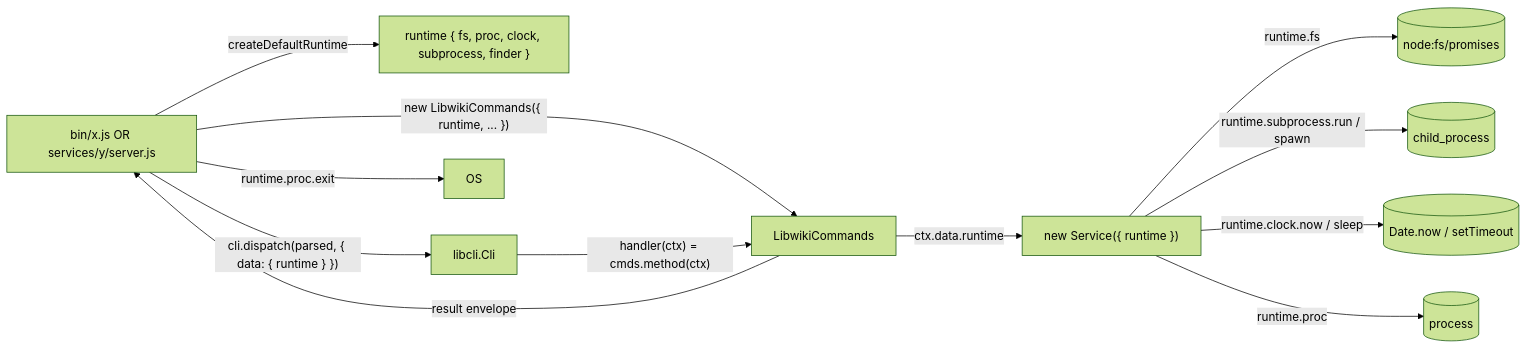
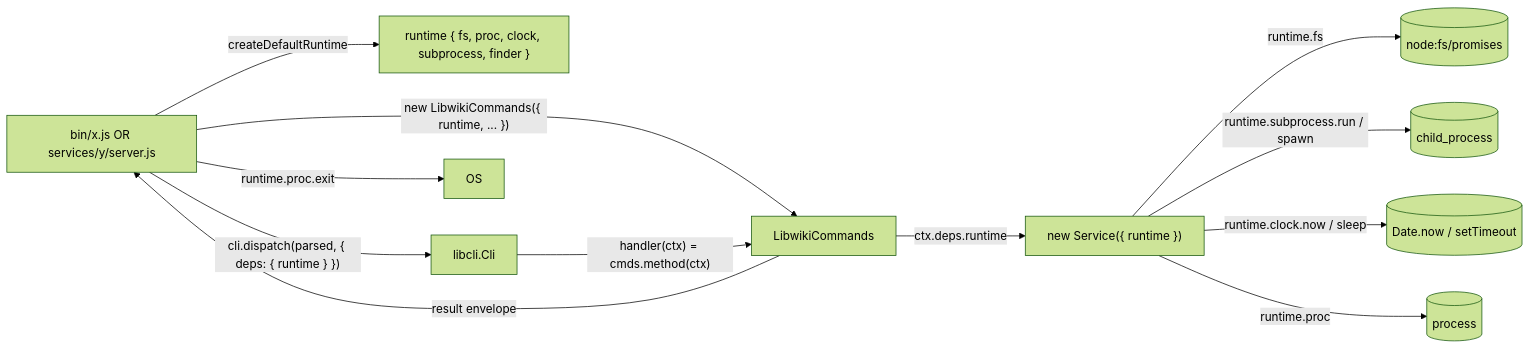
One commit to forwardimpact/monorepo changed the diagram in specs/1370-ambient-dependencies-to-injected-collaborators/design-a.md. Above: the diagram before and after it, drawn with Mermaid (forest theme). The commit also changed other lines of this file, not shown here.

First line of the commit message:
design(1370): adopt ctx.deps slot for injected collaborators

````diff
--- a/specs/1370-ambient-dependencies-to-injected-collaborators/design-a.md
+++ b/specs/1370-ambient-dependencies-to-injected-collaborators/design-a.md
@@ -34,14 +35,14 @@
 ```mermaid
 flowchart LR
   entry["bin/x.js OR services/y/server.js"] -->|createDefaultRuntime| rt["runtime { fs, proc, clock, subprocess, finder }"]
   entry -->|"new LibwikiCommands({ runtime, ... })"| cmds["LibwikiCommands"]
-  entry -->|"cli.dispatch(parsed, { data: { runtime } })"| cli["libcli.Cli"]
+  entry -->|"cli.dispatch(parsed, { deps: { runtime } })"| cli["libcli.Cli"]
   cli -->|"handler(ctx) = cmds.method(ctx)"| cmds
-  cmds -->|ctx.data.runtime| domain["new Service({ runtime })"]
+  cmds -->|ctx.deps.runtime| domain["new Service({ runtime })"]
   domain -->|runtime.fs| fs[("node:fs/promises")]
   domain -->|runtime.subprocess.run / spawn| sp[("child_process")]
   domain -->|runtime.clock.now / sleep| clk[("Date.now / setTimeout")]
   domain -->|runtime.proc| pr[("process")]
   cmds -->|"result envelope"| entry
   entry -->|runtime.proc.exit| exit["OS"]
 ```
````
